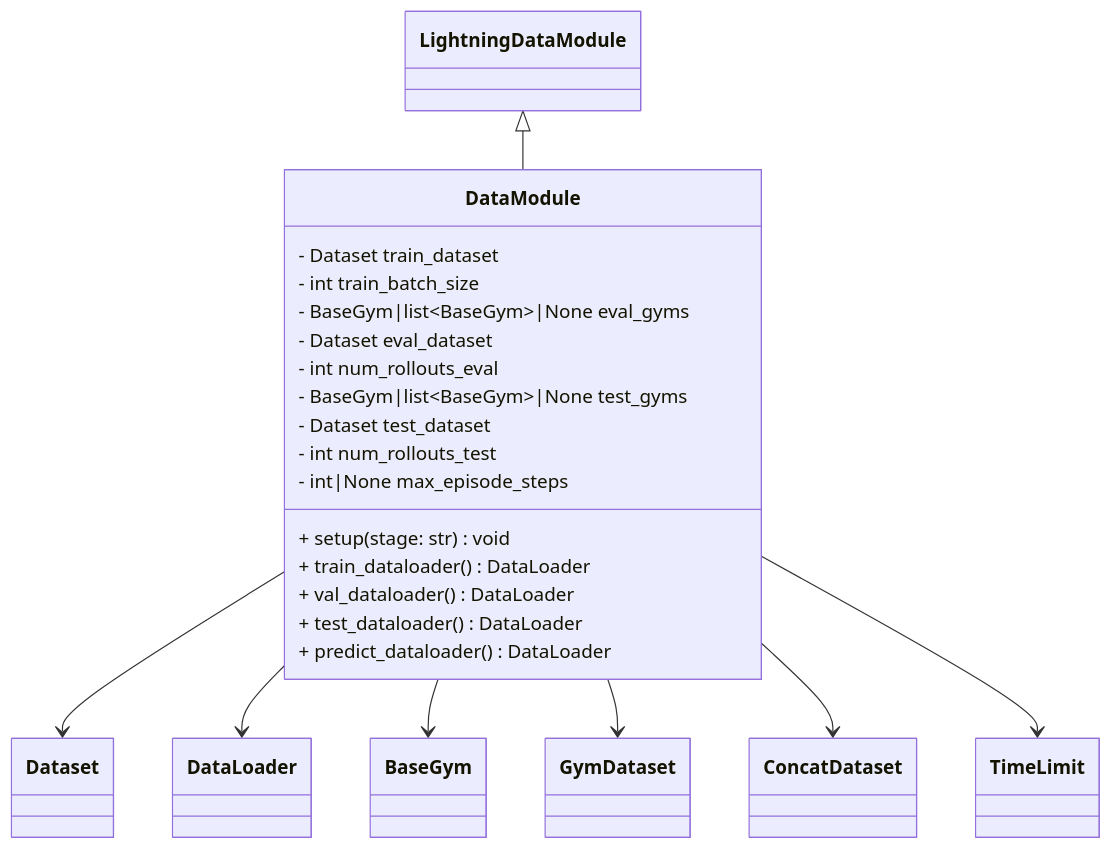
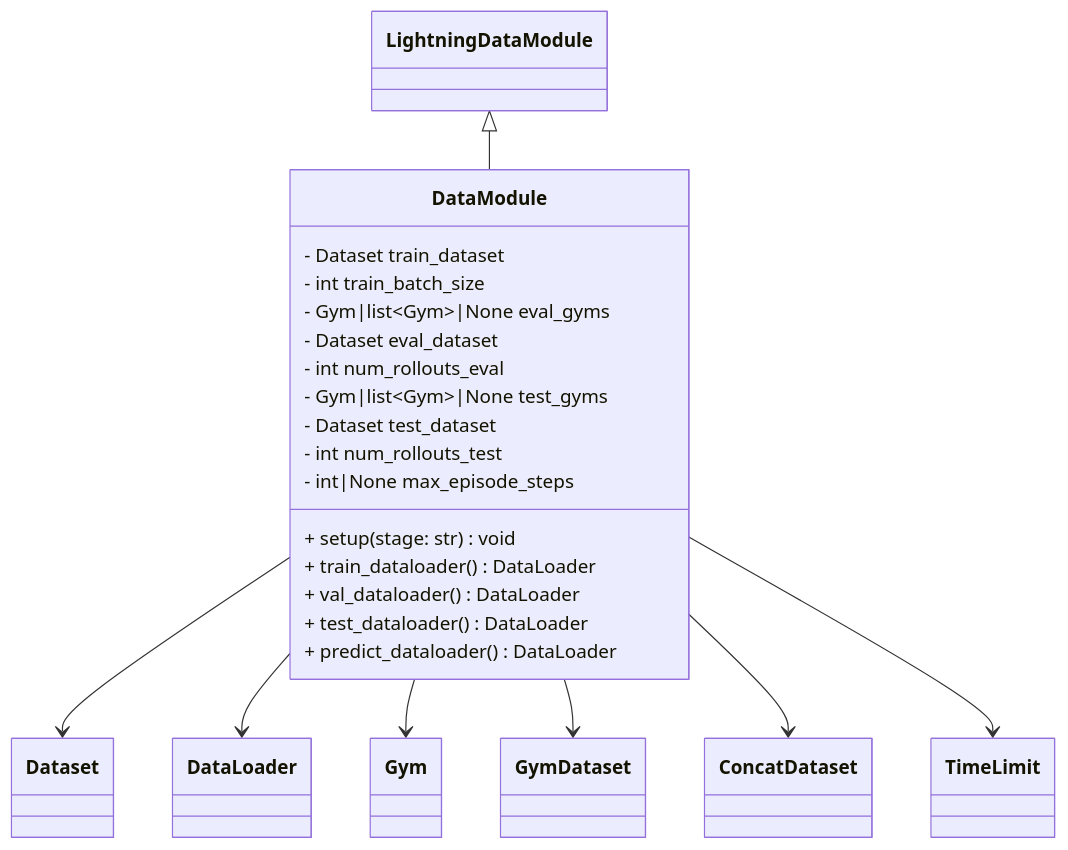
The diagram in library/docs/design/data/datamodules.md (open-edge-platform/physical-ai-studio), drawn with Mermaid before and after one commit. The commit also changed 8 other files, not shown here.

First line of the commit message:
refactor: Rename BaseGym to Gym

````diff
--- a/library/docs/design/data/datamodules.md
+++ b/library/docs/design/data/datamodules.md
@@ -9,37 +9,37 @@
 ```mermaid
 classDiagram
     class LightningDataModule {
     }
 
     class DataModule {
         - Dataset train_dataset
         - int train_batch_size
-        - BaseGym|list~BaseGym~|None eval_gyms
+        - Gym|list~Gym~|None eval_gyms
         - Dataset eval_dataset
         - int num_rollouts_eval
-        - BaseGym|list~BaseGym~|None test_gyms
+        - Gym|list~Gym~|None test_gyms
         - Dataset test_dataset
         - int num_rollouts_test
         - int|None max_episode_steps
         + setup(stage: str) void
         + train_dataloader() DataLoader
         + val_dataloader() DataLoader
         + test_dataloader() DataLoader
         + predict_dataloader() DataLoader
     }
 
     class Dataset
     class DataLoader
-    class BaseGym
+    class Gym
     class GymDataset
     class ConcatDataset
     class TimeLimit
 
     LightningDataModule <|-- DataModule
     DataModule --> Dataset
     DataModule --> DataLoader
-    DataModule --> BaseGym
+    DataModule --> Gym
     DataModule --> GymDataset
     DataModule --> ConcatDataset
     DataModule --> TimeLimit
 ```
````
